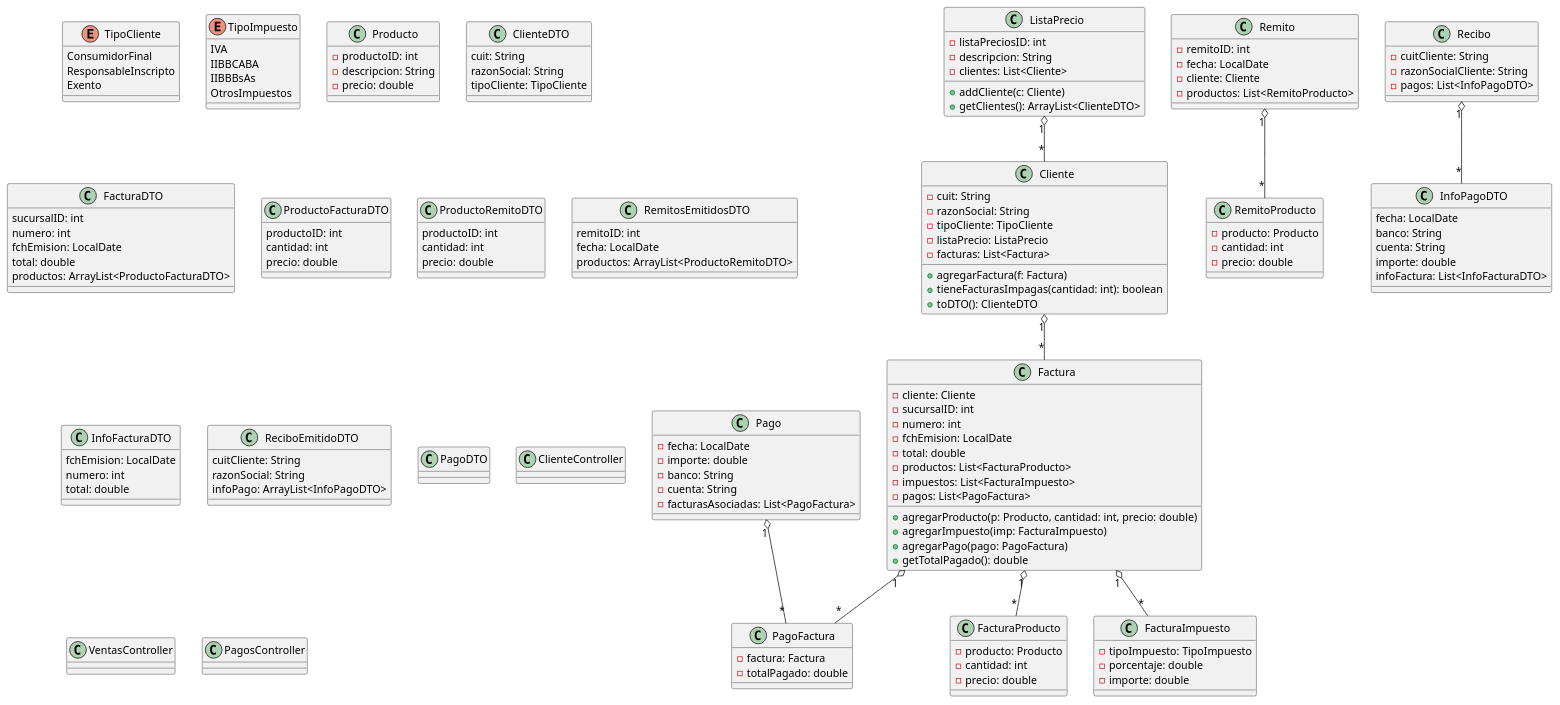
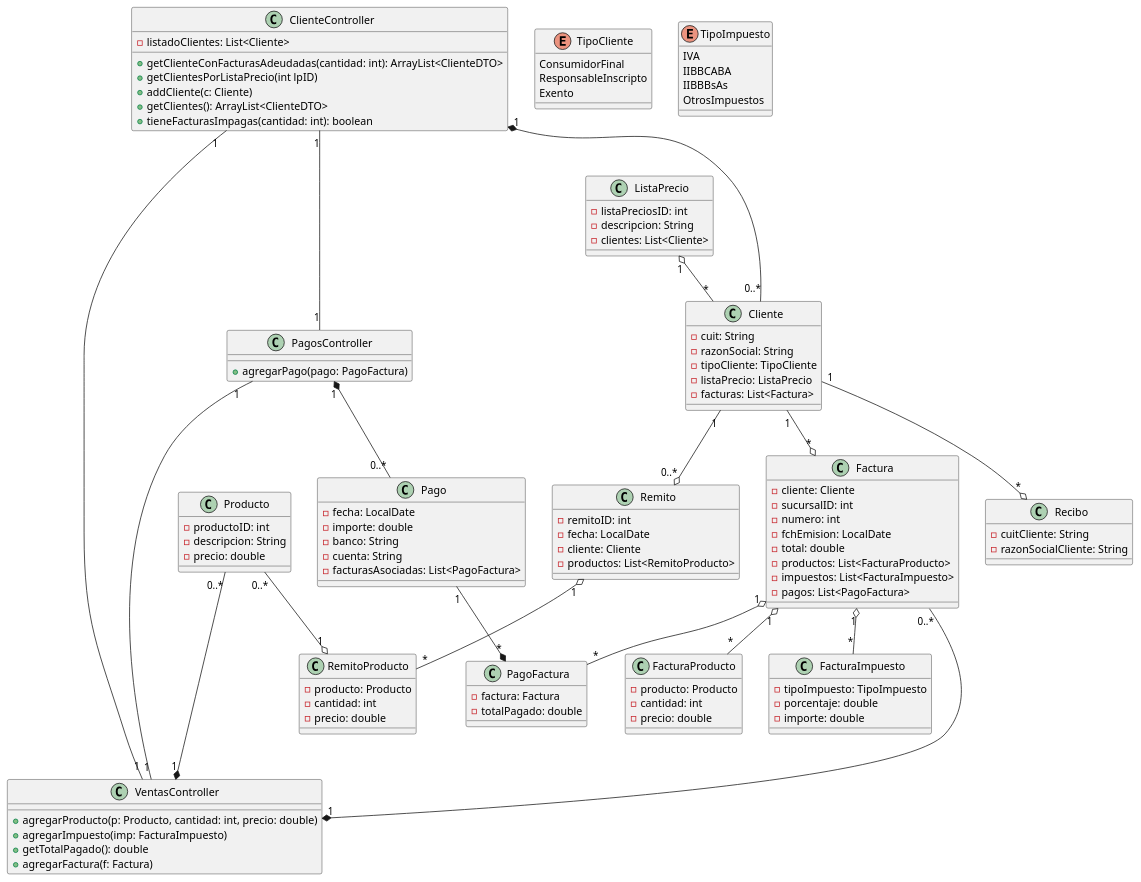
The diagram in src/main/java/diagrams/DiagramClass.puml (CoachEmilio/SimulacroPOO), drawn with PlantUML before and after one commit. The commit also changed 2 other files, not shown here.

Commit message:
Update Class diagram and Methods in ClienteController

```diff
--- a/src/main/java/diagrams/DiagramClass.puml
+++ b/src/main/java/diagrams/DiagramClass.puml
@@ -1,152 +1,121 @@
 @startuml
-' Enumeraciones
-enum TipoCliente {
-  ConsumidorFinal
-  ResponsableInscripto
-  Exento
-}
-enum TipoImpuesto {
-  IVA
-  IIBBCABA
-  IIBBBsAs
-  OtrosImpuestos
-}
-
 ' Modelos principales
 class Cliente {
   - cuit: String
   - razonSocial: String
   - tipoCliente: TipoCliente
   - listaPrecio: ListaPrecio
   - facturas: List<Factura>
-  + agregarFactura(f: Factura)
-  + tieneFacturasImpagas(cantidad: int): boolean
-  + toDTO(): ClienteDTO
 }
 class ListaPrecio {
   - listaPreciosID: int
   - descripcion: String
   - clientes: List<Cliente>
-  + addCliente(c: Cliente)
-  + getClientes(): ArrayList<ClienteDTO>
 }
 class Factura {
   - cliente: Cliente
   - sucursalID: int
   - numero: int
   - fchEmision: LocalDate
   - total: double
   - productos: List<FacturaProducto>
   - impuestos: List<FacturaImpuesto>
   - pagos: List<PagoFactura>
-  + agregarProducto(p: Producto, cantidad: int, precio: double)
-  + agregarImpuesto(imp: FacturaImpuesto)
-  + agregarPago(pago: PagoFactura)
-  + getTotalPagado(): double
 }
 class FacturaProducto {
   - producto: Producto
   - cantidad: int
   - precio: double
 }
 class FacturaImpuesto {
   - tipoImpuesto: TipoImpuesto
   - porcentaje: double
   - importe: double
 }
 class PagoFactura {
   - factura: Factura
   - totalPagado: double
 }
 class Producto {
   - productoID: int
   - descripcion: String
   - precio: double
 }
 class Remito {
   - remitoID: int
   - fecha: LocalDate
   - cliente: Cliente
   - productos: List<RemitoProducto>
 }
 class RemitoProducto {
   - producto: Producto
   - cantidad: int
   - precio: double
 }
 class Pago {
   - fecha: LocalDate
   - importe: double
   - banco: String
   - cuenta: String
   - facturasAsociadas: List<PagoFactura>
 }
 class Recibo {
   - cuitCliente: String
   - razonSocialCliente: String
-  - pagos: List<InfoPagoDTO>
+}
+
+' Controladores (Singleton)
+class ClienteController{
+  - listadoClientes: List<Cliente>
+  + getClienteConFacturasAdeudadas(cantidad: int): ArrayList<ClienteDTO>
+  + getClientesPorListaPrecio(int lpID)
+  + addCliente(c: Cliente)
+  + getClientes(): ArrayList<ClienteDTO>
+  + tieneFacturasImpagas(cantidad: int): boolean
+  }
+
+class VentasController {
+  + agregarProducto(p: Producto, cantidad: int, precio: double)
+  + agregarImpuesto(imp: FacturaImpuesto)
+  + getTotalPagado(): double
+  + agregarFactura(f: Factura)
+  }
+
+class PagosController{
+  + agregarPago(pago: PagoFactura)
+  }
+
+' Enumeraciones
+enum TipoCliente {
+  ConsumidorFinal
+  ResponsableInscripto
+  Exento
+}
+enum TipoImpuesto {
+  IVA
+  IIBBCABA
+  IIBBBsAs
+  OtrosImpuestos
 }
 
 ' Relaciones de composición y asociación
 ListaPrecio "1" o-- "*" Cliente
-Cliente "1" o-- "*" Factura
+Cliente "1" --o "*" Factura
+Cliente "1" --o "*" Recibo
 Factura "1" o-- "*" FacturaProducto
 Factura "1" o-- "*" FacturaImpuesto
 Factura "1" o-- "*" PagoFactura
 Remito "1" o-- "*" RemitoProducto
-Pago "1" o-- "*" PagoFactura
-Recibo "1" o-- "*" InfoPagoDTO
+Pago "1" --* "*" PagoFactura
+Factura "0..*" --* "1" VentasController
+Producto "0..*" --* "1" VentasController
+Producto "0..*" --o "1" RemitoProducto
+Cliente "1" --o "0..*" Remito
 
-' DTOs principales
-class ClienteDTO {
-  cuit: String
-  razonSocial: String
-  tipoCliente: TipoCliente
-}
-class FacturaDTO {
-  sucursalID: int
-  numero: int
-  fchEmision: LocalDate
-  total: double
-  productos: ArrayList<ProductoFacturaDTO>
-}
-class ProductoFacturaDTO {
-  productoID: int
-  cantidad: int
-  precio: double
-}
-class ProductoRemitoDTO {
-  productoID: int
-  cantidad: int
-  precio: double
-}
-class RemitosEmitidosDTO {
-  remitoID: int
-  fecha: LocalDate
-  productos: ArrayList<ProductoRemitoDTO>
-}
-class InfoFacturaDTO {
-  fchEmision: LocalDate
-  numero: int
-  total: double
-}
-class InfoPagoDTO {
-  fecha: LocalDate
-  banco: String
-  cuenta: String
-  importe: double
-  infoFactura: List<InfoFacturaDTO>
-}
-class ReciboEmitidoDTO {
-  cuitCliente: String
-  razonSocial: String
-  infoPago: ArrayList<InfoPagoDTO>
-}
-class PagoDTO
-
-' Controladores (Singleton)
-class ClienteController
-class VentasController
-class PagosController
+ClienteController "1" *-- "0..*" Cliente
+PagosController "1" *-- "0..*" Pago
+ClienteController "1" --- "1" PagosController
+ClienteController "1" --- "1" VentasController
+PagosController "1" ---- "1" VentasController
 
 @enduml
```
